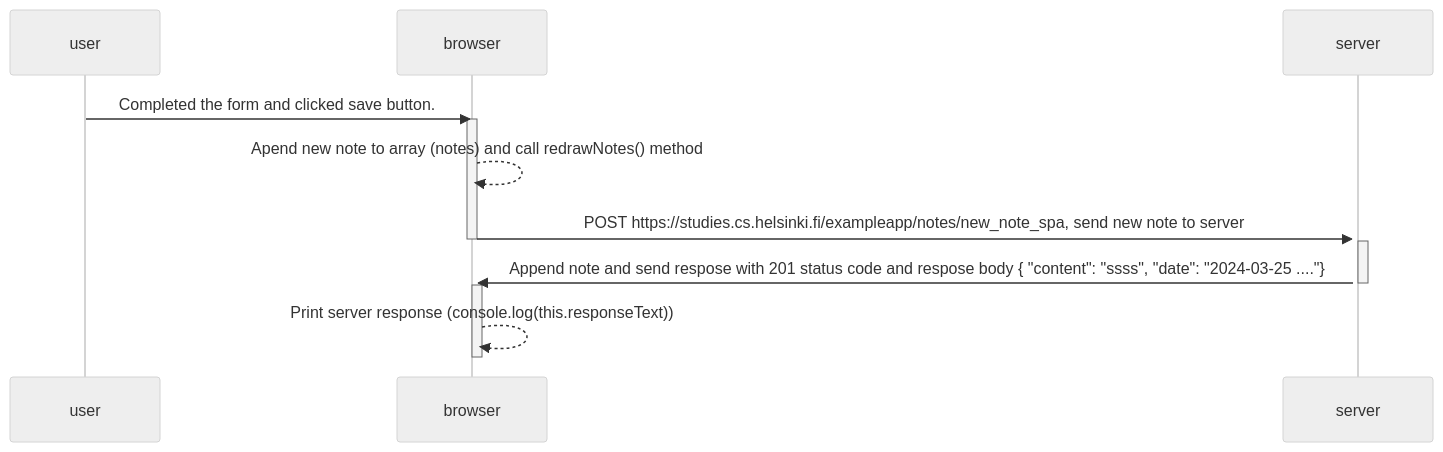
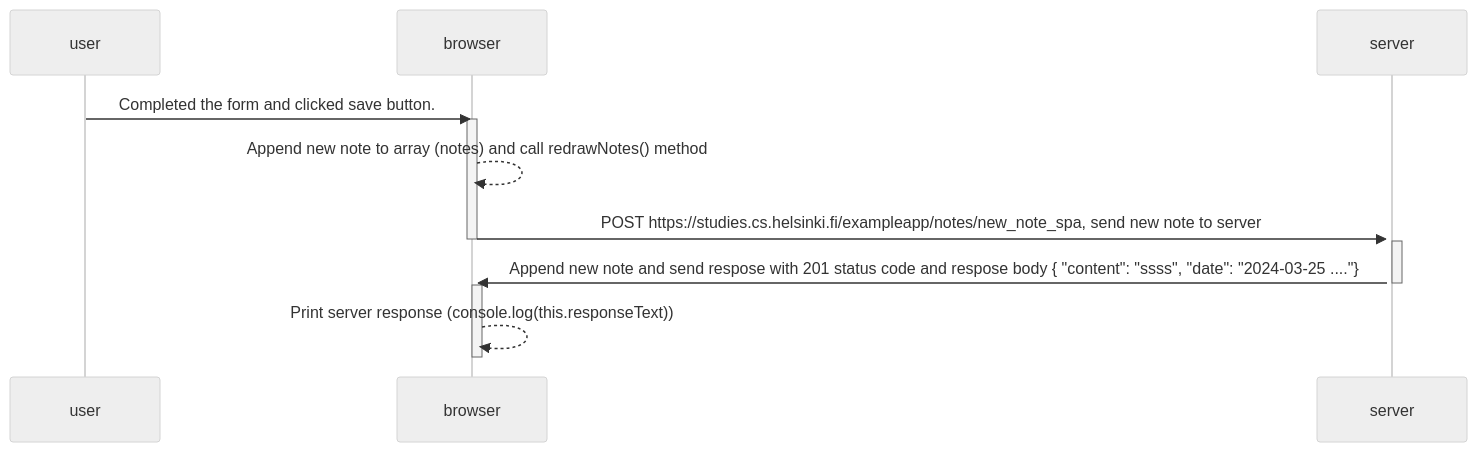
The diagram in part0/06/README.md (frank0389/fullstack-helsinki-submission-repository), drawn with Mermaid (neutral theme) before and after one commit. The commit also changed 1 other file, not shown here.

Commit message:
update part 0 readme

````diff
--- a/part0/06/README.md
+++ b/part0/06/README.md
@@ -1,15 +1,15 @@
  ```mermaid
  sequenceDiagram
     user->>browser: Completed the form and clicked save button. 
     activate browser
-    browser-->>browser: Apend new note to array (notes) and call  redrawNotes() method
+    browser-->>browser: Append new note to array (notes) and call  redrawNotes() method
     browser->>+server: POST https://studies.cs.helsinki.fi/exampleapp/notes/new_note_spa, send new note to server
     deactivate browser
     activate server
-    server->>+browser: Append note and send respose with 201 status code and respose body { "content": "ssss", "date": "2024-03-25 ...."}
+    server->>+browser: Append new note and send respose with 201 status code and respose body { "content": "ssss", "date": "2024-03-25 ...."}
     deactivate server
     activate browser
     browser-->>browser: Print server response (console.log(this.responseText))
     deactivate browser
 
 ```
````
